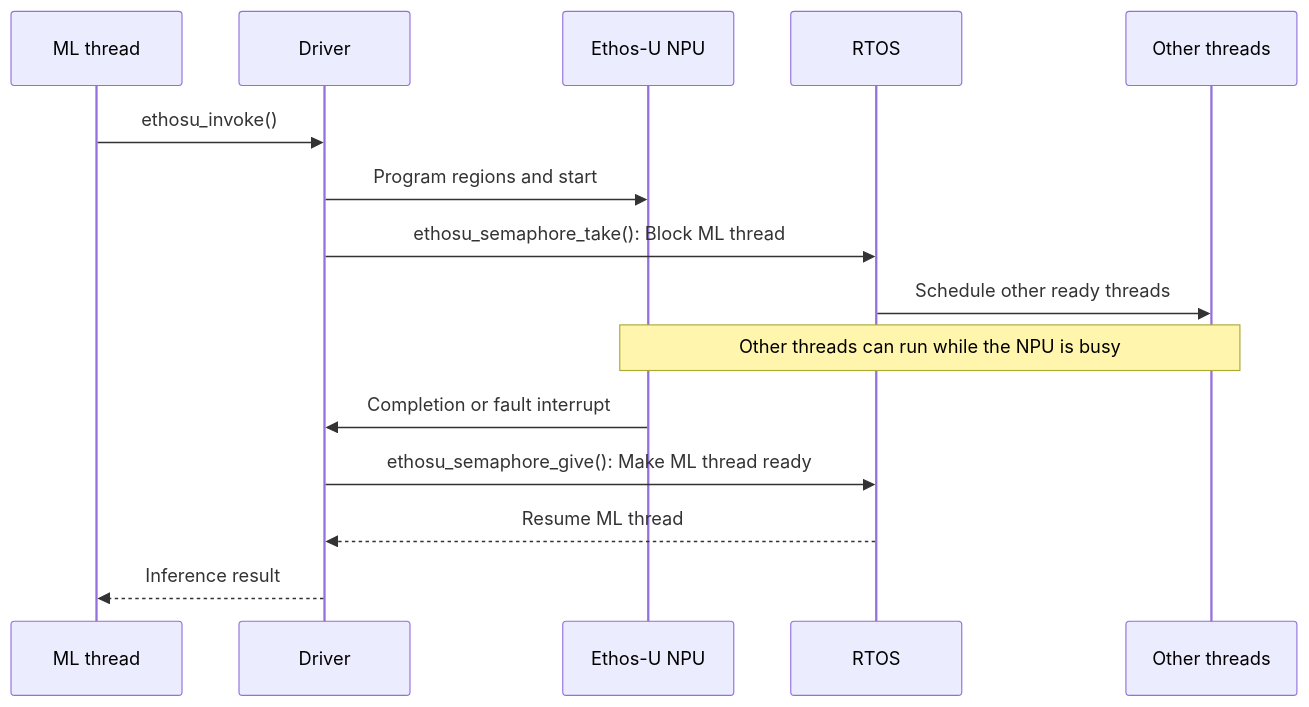
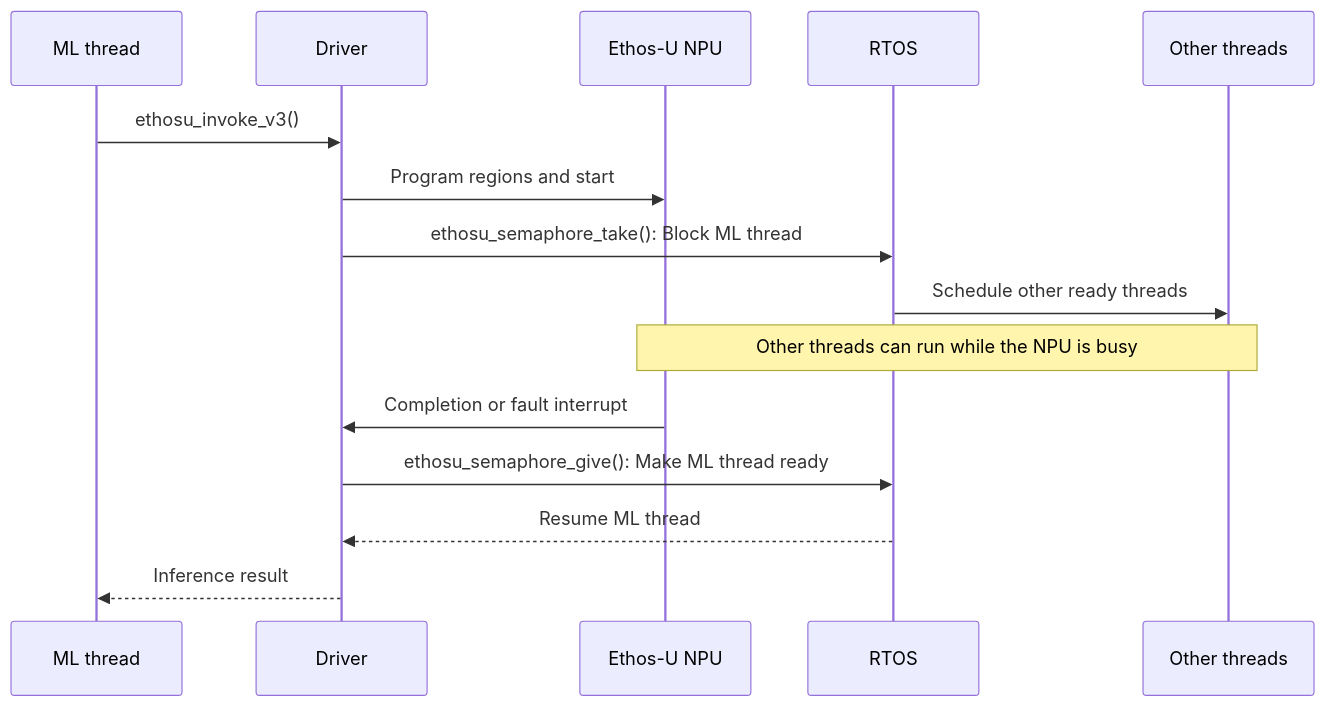
Before and after one commit to VladimirUmek/Ethos-U: the first of 2 diagrams in documentation/doxygen/driver/src/main.md, drawn with Mermaid. The commit also changed other lines of this file and 6 other files, not shown here.

````diff
--- a/documentation/doxygen/driver/src/main.md
+++ b/documentation/doxygen/driver/src/main.md
@@ -130,18 +130,18 @@
 ```mermaid
 sequenceDiagram
     participant application as ML thread
     participant driver as Driver
     participant npu as Ethos-U NPU
     participant rtos as RTOS
     participant threads as Other threads
 
-    application->>driver: ethosu_invoke()
+    application->>driver: ethosu_invoke_v3()
     driver->>npu: Program regions and start
     driver->>rtos: ethosu_semaphore_take(): Block ML thread
     rtos->>threads: Schedule other ready threads
     Note over threads,npu: Other threads can run while the NPU is busy
     npu->>driver: Completion or fault interrupt
     driver->>rtos: ethosu_semaphore_give(): Make ML thread ready
     rtos-->>driver: Resume ML thread
     driver-->>application: Inference result
 ```
````
